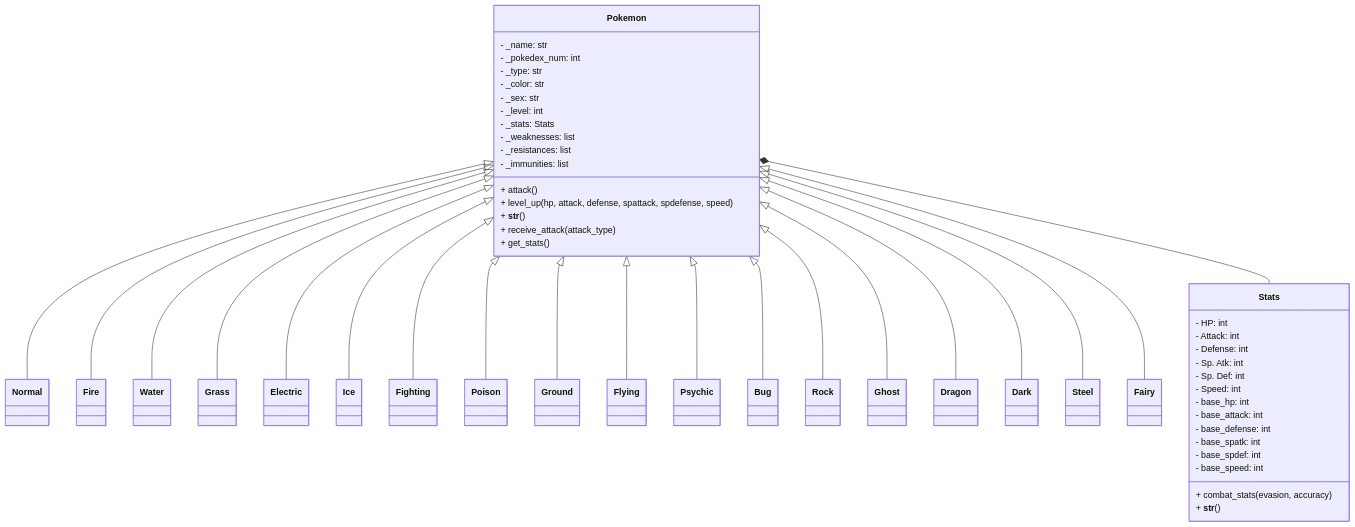
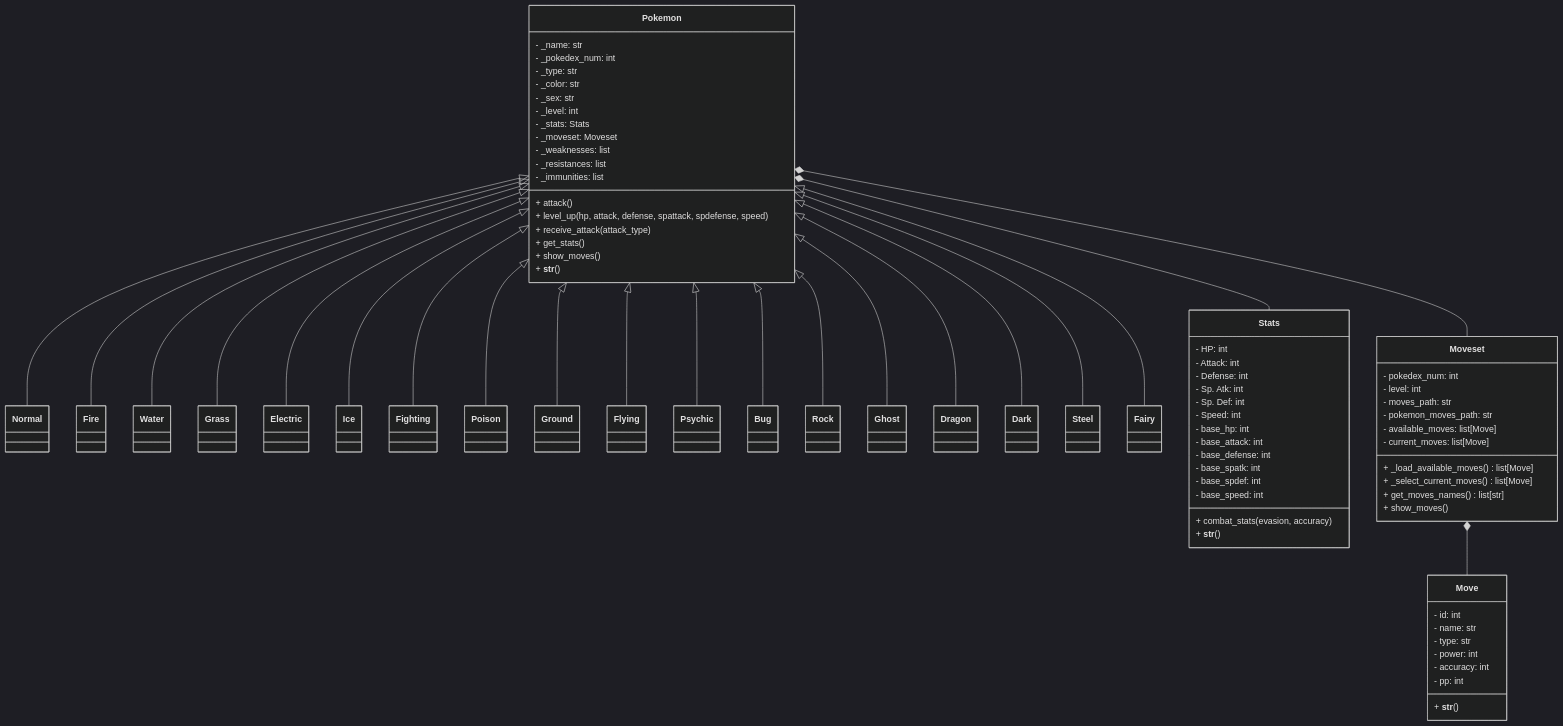
Before and after one commit to felipeg17/poke-repo: the diagram in README.md, drawn with Mermaid.

````diff
--- a/README.md
+++ b/README.md
@@ -30,4 +30,8 @@
 ```mermaid
+---
+config:
+  theme: dark
+---
 classDiagram
 direction TB
     class Normal {
@@ -67,39 +71,64 @@
     class Fairy {
     }
     class Pokemon {
-	    - _name: str
-	    - _pokedex_num: int
-	    - _type: str
-	    - _color: str
-	    - _sex: str
-	    - _level: int
-	    - _stats: Stats
-	    - _weaknesses: list
-	    - _resistances: list
-	    - _immunities: list
-	    + attack()
-	    + level_up(hp, attack, defense, spattack, spdefense, speed)
-	    + __str__()
-	    + receive_attack(attack_type)
-	    + get_stats()
+        - _name: str
+        - _pokedex_num: int
+        - _type: str
+        - _color: str
+        - _sex: str
+        - _level: int
+        - _stats: Stats
+        - _moveset: Moveset
+        - _weaknesses: list
+        - _resistances: list
+        - _immunities: list
+        + attack()
+        + level_up(hp, attack, defense, spattack, spdefense, speed)
+        + receive_attack(attack_type)
+        + get_stats()
+        + show_moves()
+        + __str__()
     }
     class Stats {
-	    - HP: int
-	    - Attack: int
-	    - Defense: int
-	    - Sp. Atk: int
-	    - Sp. Def: int
-	    - Speed: int
-	    - base_hp: int
-	    - base_attack: int
-	    - base_defense: int
-	    - base_spatk: int
-	    - base_spdef: int
-	    - base_speed: int
-	    + combat_stats(evasion, accuracy)
-	    + __str__()
+        - HP: int
+        - Attack: int
+        - Defense: int
+        - Sp. Atk: int
+        - Sp. Def: int
+        - Speed: int
+        - base_hp: int
+        - base_attack: int
+        - base_defense: int
+        - base_spatk: int
+        - base_spdef: int
+        - base_speed: int
+        + combat_stats(evasion, accuracy)
+        + __str__()
     }
-
+    class Moveset {
+        - pokedex_num: int
+        - level: int
+        - moves_path: str
+        - pokemon_moves_path: str
+        - available_moves: list[Move]
+        - current_moves: list[Move]
+        + _load_available_moves() list[Move]
+        + _select_current_moves() list[Move]
+        + get_moves_names() list[str]
+        + show_moves()
+    }
+    class Move {
+        - id: int
+        - name: str
+        - type: str
+        - power: int
+        - accuracy: int
+        - pp: int
+        + __str__()
+    }
+    Pokemon *-- Stats
+    Pokemon *-- Moveset
+    Moveset *-- Move
     Pokemon <|-- Normal
     Pokemon <|-- Fire
     Pokemon <|-- Water
@@ -118,5 +147,4 @@
     Pokemon <|-- Dark
     Pokemon <|-- Steel
     Pokemon <|-- Fairy
-    Pokemon *-- Stats
 ```
````
